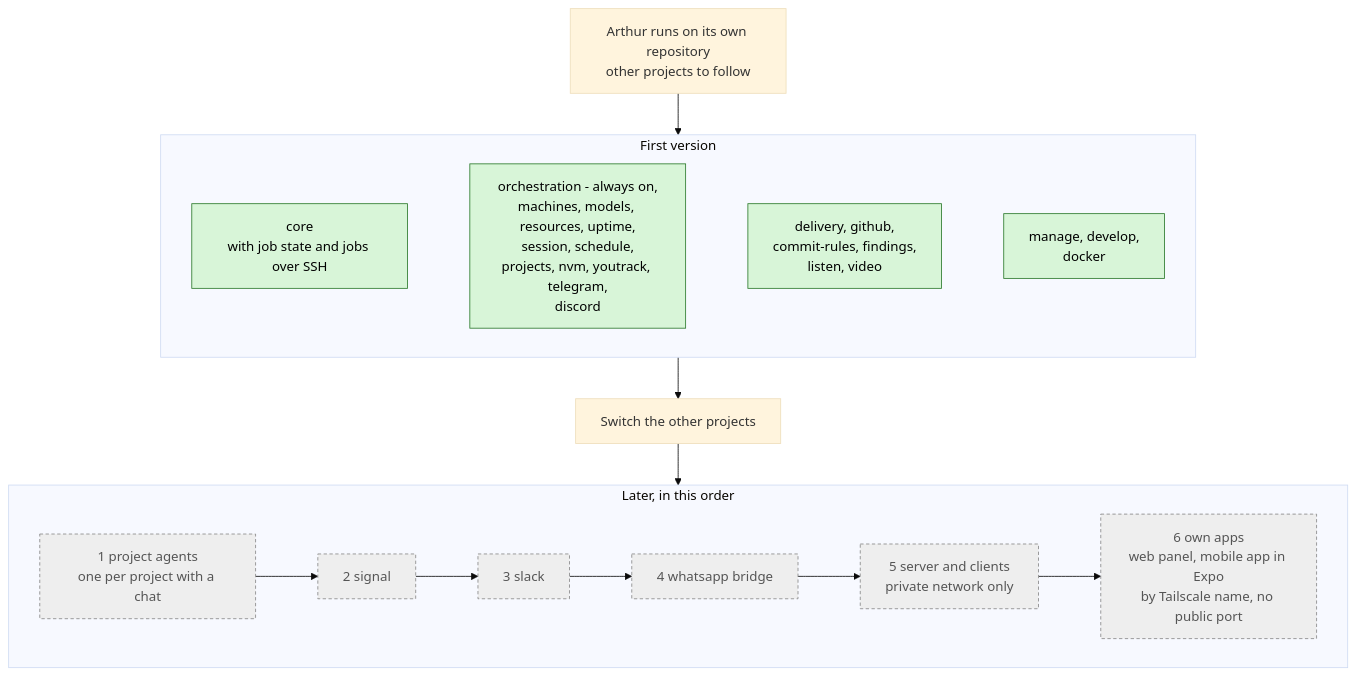
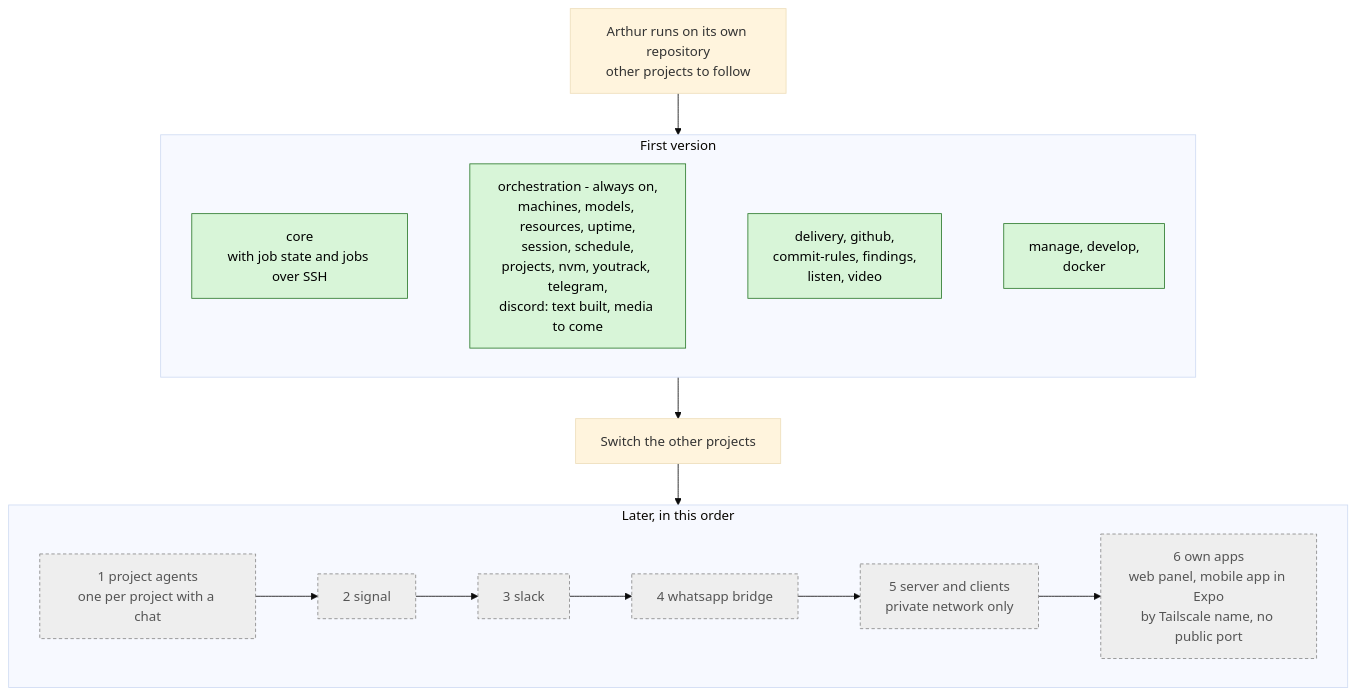
Before and after one commit to kacperadler/arthur: the diagram in docs/architecture/versions.mmd, drawn with Mermaid (base theme). The commit also changed 25 other files, not shown here.

First line of the commit message:
feat(discord): gateway, text in and out (AR0592 ticket 1)

```diff
--- a/docs/architecture/versions.mmd
+++ b/docs/architecture/versions.mmd
@@ -1,30 +1,30 @@
 %% From the switch (Arthur runs on its own repository since 2026-10-25) to the rest of Arthur's first version and after it. Green = first version, grey dashed = later.
 flowchart TD
   today[Arthur runs on its own repository<br/>other projects to follow]
 
   subgraph V1[First version]
     core[core<br/>with job state and jobs over SSH]
-    p1[orchestration - always on,<br/>machines, models, resources, uptime,<br/>session, schedule,<br/>projects, nvm, youtrack, telegram,<br/>discord]
+    p1[orchestration - always on,<br/>machines, models, resources, uptime,<br/>session, schedule,<br/>projects, nvm, youtrack, telegram,<br/>discord: text built, media to come]
     p2[delivery, github,<br/>commit-rules, findings,<br/>listen, video]
     p3[manage, develop,<br/>docker]
     core ~~~ p1 ~~~ p2 ~~~ p3
   end
 
   switch2[Switch the other projects]
 
   subgraph V2[Later, in this order]
     agents[1 project agents<br/>one per project with a chat]
     signal[2 signal]
     slack[3 slack]
     whatsapp[4 whatsapp bridge]
     server[5 server and clients<br/>private network only]
     apps[6 own apps<br/>web panel, mobile app in Expo<br/>by Tailscale name, no public port]
     agents --> signal --> slack --> whatsapp --> server --> apps
   end
 
   today --> V1 --> switch2 --> V2
 
   classDef first fill:#d8f5d8,stroke:#2d7a2d,color:#000;
   classDef later fill:#eee,stroke:#888,stroke-dasharray:4 3,color:#555;
   class core,p1,p2,p3 first;
   class agents,signal,slack,whatsapp,server,apps later;
```
